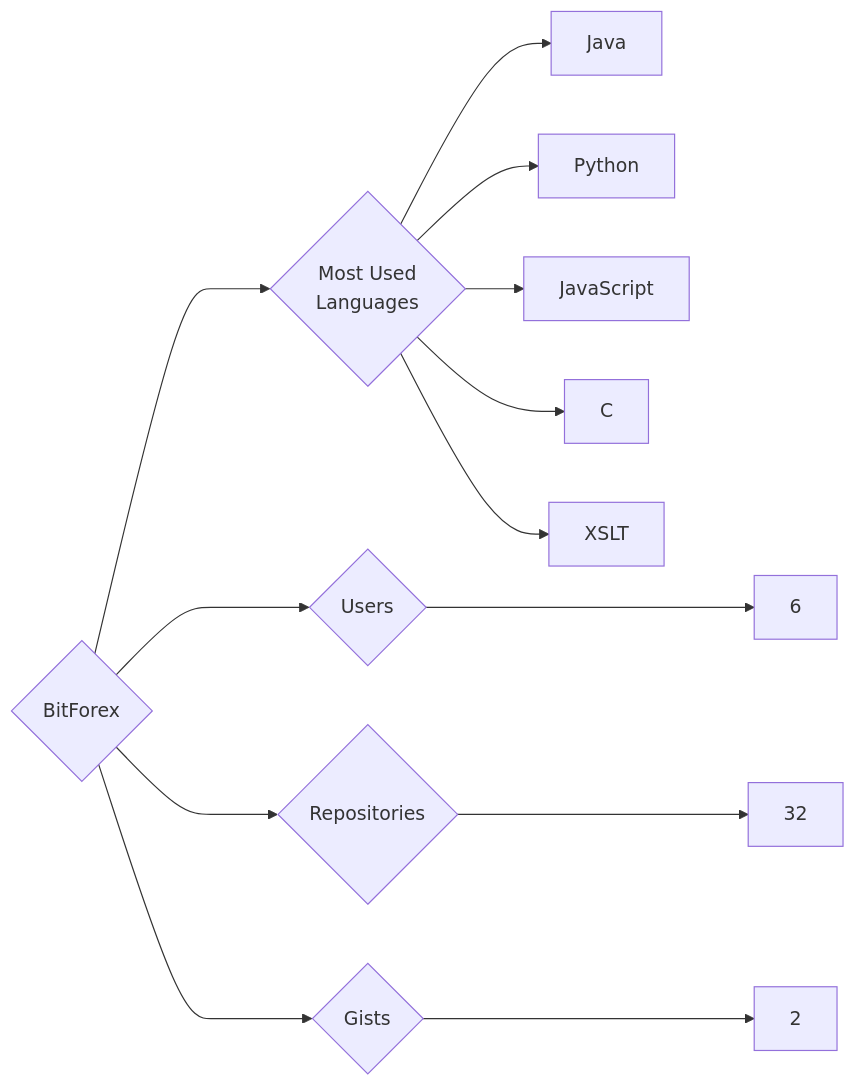
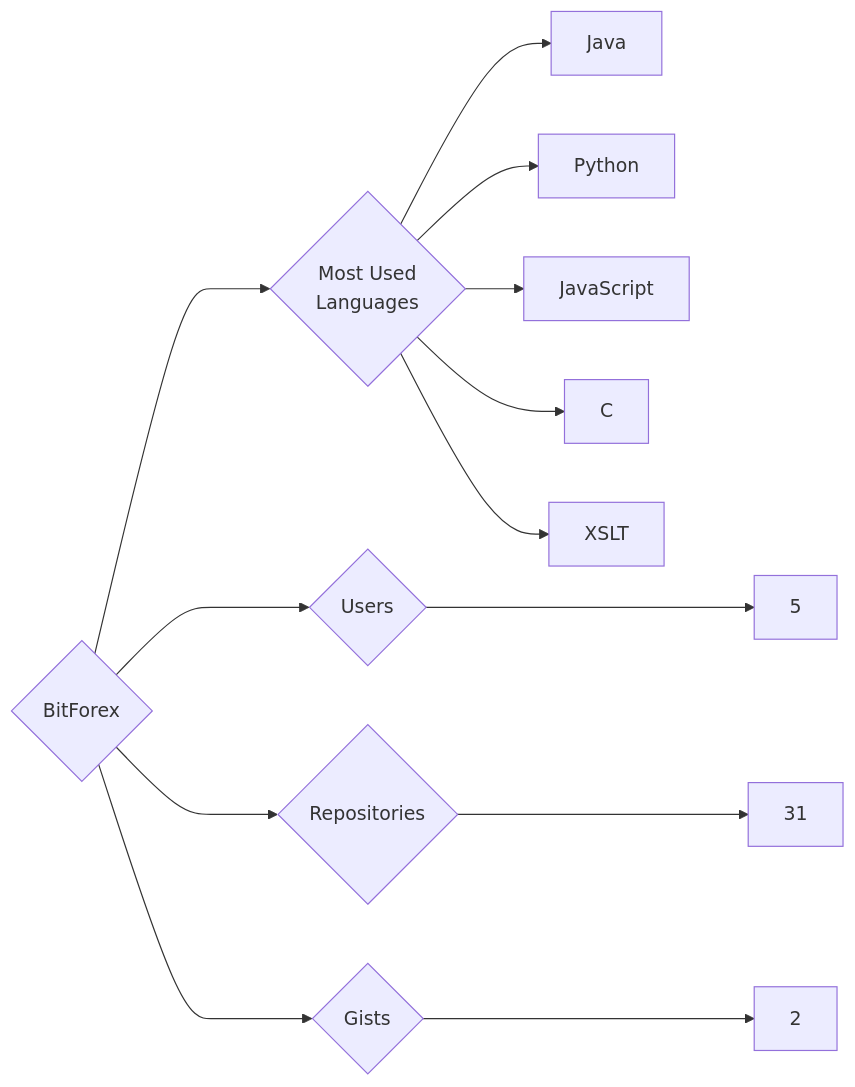
The diagram in targets/BitForex/README.md (trickest/insiders), drawn with Mermaid before and after one commit. The commit also changed 865 other files, not shown here.

````diff
--- a/targets/BitForex/README.md
+++ b/targets/BitForex/README.md
@@ -3,13 +3,13 @@
 ```mermaid
 graph LR
 COMPANY_NAME{BitForex}
-COMPANY_NAME ---> U{Users} ---> UN[6]
-COMPANY_NAME ---> R{Repositories} ---> RN[32]
+COMPANY_NAME ---> U{Users} ---> UN[5]
+COMPANY_NAME ---> R{Repositories} ---> RN[31]
 COMPANY_NAME ---> G{Gists} ---> GN[2]
 COMPANY_NAME ---> ML{Most Used<br>Languages}
 ML --> Java[Java]
 ML --> Python[Python]
 ML --> JavaScript[JavaScript]
 ML --> C[C]
 ML --> XSLT[XSLT]
 ```
````
